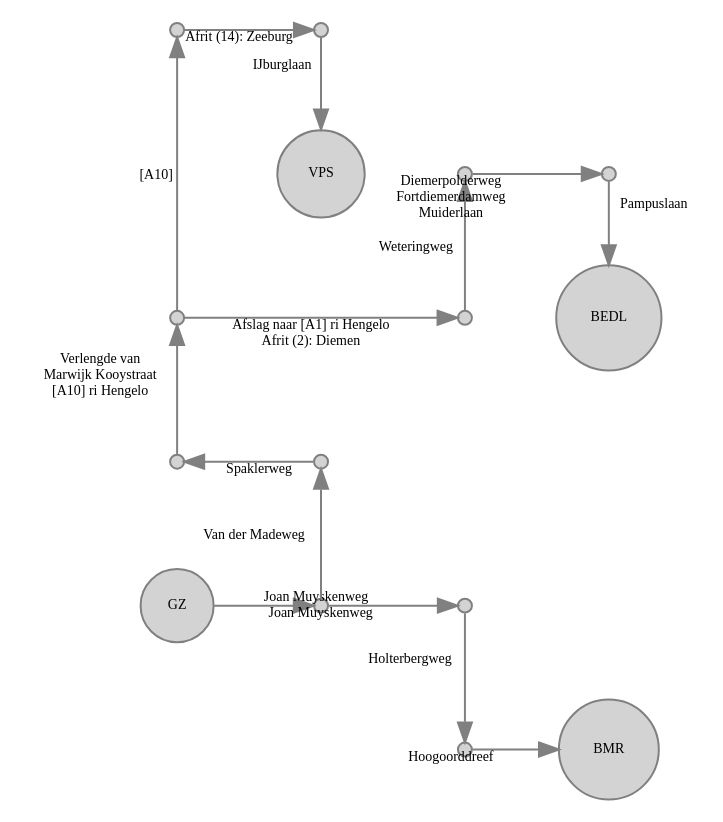
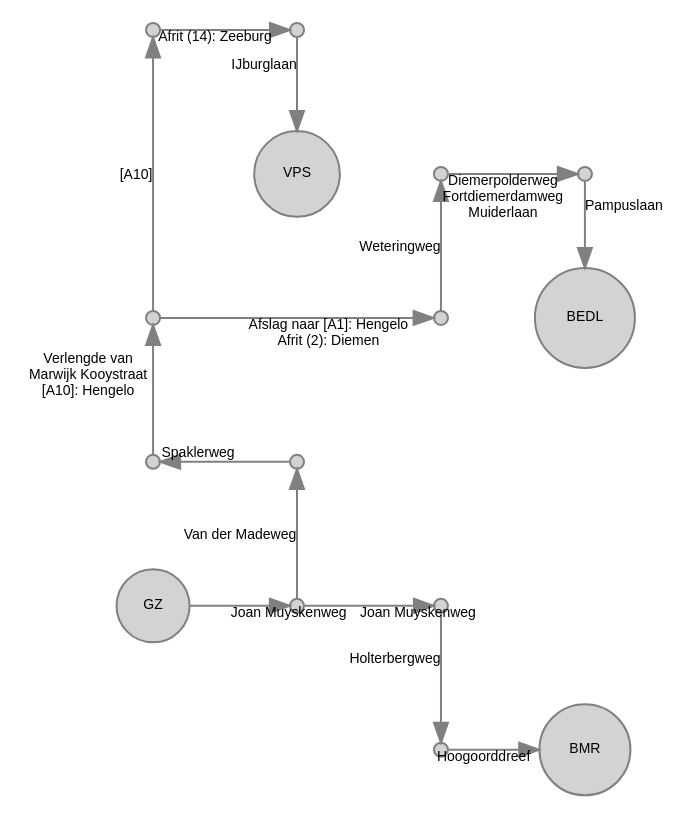
The diagram in gvb/gvb_BMR_G.gv (JacekPardyak/bus), drawn with Graphviz before and after one commit. The commit also changed 14 other files, not shown here.

```diff
--- a/gvb/gvb_BMR_G.gv
+++ b/gvb/gvb_BMR_G.gv
@@ -1,40 +1,40 @@
 digraph G {
   layout = neato
-  node [shape = circle, style = filled, fillcolor = lightgray, color = gray, height=0.1, label = "", fontsize = 7]
-  edge [color = gray, fontsize = 7]
+  node [shape = circle, style = filled, fillcolor = lightgray, color = gray, height=0.1, label = "", fontsize = 7, fontname = "Arial"]
+  edge [color = gray, fontsize = 7, fontname = "Arial"]
   GZ   [pos = "-3, 1!", label = "GZ"]
   BMR  [pos = " 0, 0!", label = "BMR"]
   VPS  [pos = "-2, 4!", label = "VPS"]
   BEDL [pos = " 0, 3!", label = "BEDL"]  
   GZ01 [pos = "-1, 0!"]
   GZ02 [pos = "-1, 1!"]
   GZ03 [pos = "-2, 1!"]
   GZ04 [pos = "-2, 2!"]
   GZ05 [pos = "-3, 2!"]
   GZ06 [pos = "-3, 3!"]
   GZ07 [pos = "-2, 5!"]  
   GZ08 [pos = "-3, 5!"]
   GZ09 [pos = "-1, 3!"]
   GZ10 [pos = "-1, 4!"]
   GZ11 [pos = " 0, 4!"]
 
   GZ -> GZ03   [label = "Joan Muyskenweg"]
   GZ01 -> BMR  [label = "Hoogoorddreef"]
   GZ02 -> GZ01 [label = "Holterbergweg"]
   GZ03 -> GZ04 [label = "Van der Madeweg"]
   GZ03 -> GZ02 [label = "Joan Muyskenweg"]
   GZ04 -> GZ05 [label = "Spaklerweg"]
   GZ05 -> GZ06 [label = "Verlengde van 
  Marwijk Kooystraat 
- [A10] ri Hengelo"]
+ [A10]: Hengelo"]
   GZ06 -> GZ08 [label = "[A10]"]
-  GZ06 -> GZ09 [label = "Afslag naar [A1] ri Hengelo 
+  GZ06 -> GZ09 [label = "Afslag naar [A1]: Hengelo 
  Afrit (2): Diemen"] 
   GZ07 -> VPS  [label = "IJburglaan"]  
   GZ08 -> GZ07 [label = "Afrit (14): Zeeburg"]
   GZ09 -> GZ10 [label = "Weteringweg"] 
   GZ10 -> GZ11 [label = "Diemerpolderweg 
  Fortdiemerdamweg 
  Muiderlaan"]
   GZ11 -> BEDL [label = "Pampuslaan"]
 }
```
